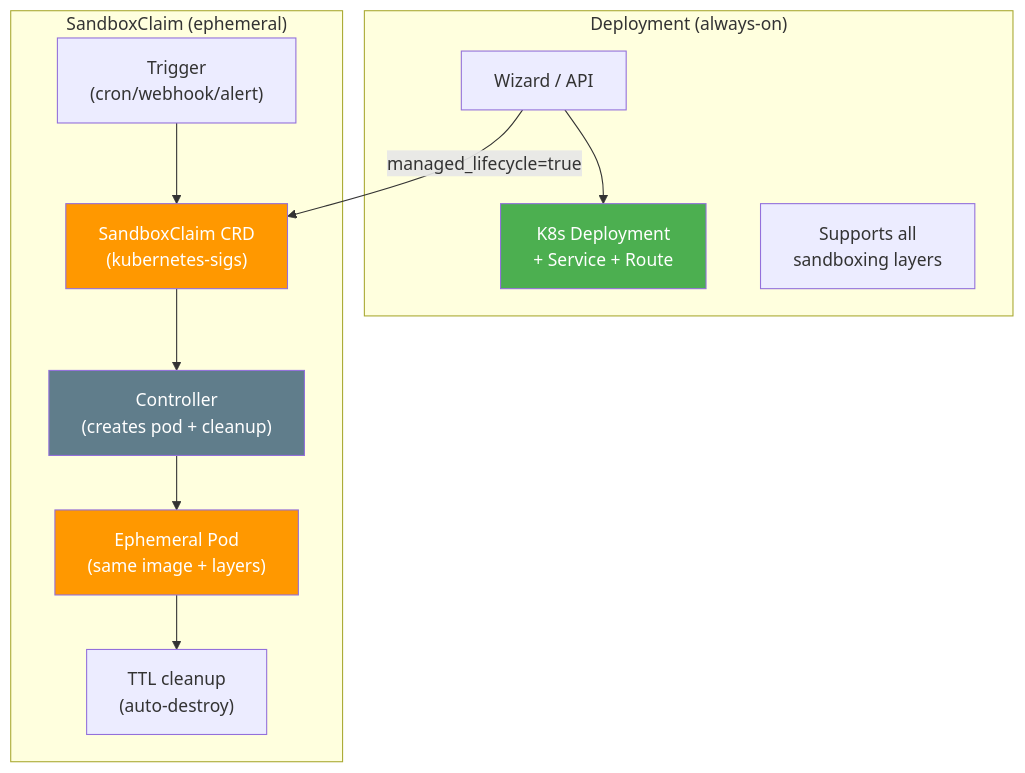
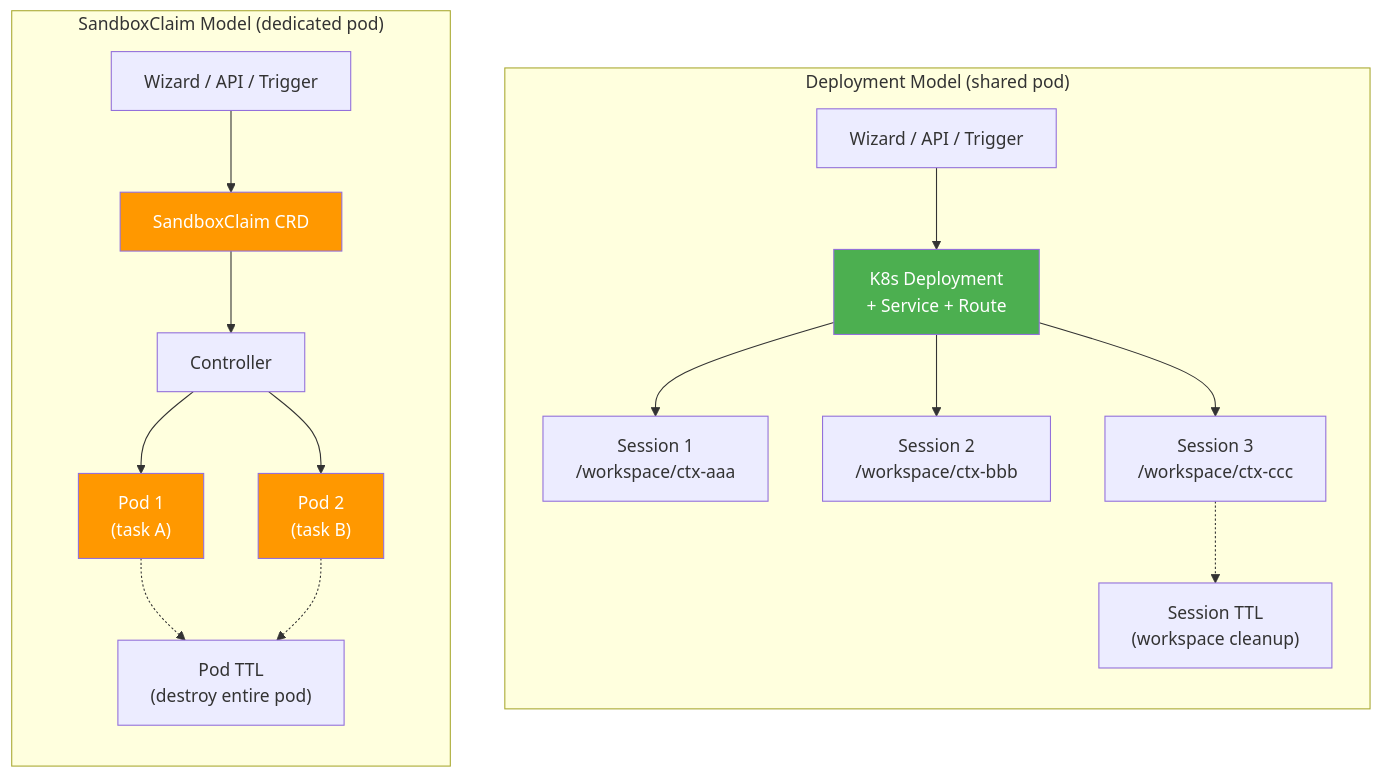
One commit to kagenti/kagenti changed the eighth of 12 diagrams in docs/plans/2026-03-04-platform-agent-runtime-design.md. Above: the diagram before and after it, drawn with Mermaid. The commit also changed other lines of this file, not shown here.

First line of the commit message:
docs: deep dive on Deployment vs SandboxClaim — resource/isolation tradeoffs (Session G)

````diff
--- a/docs/plans/2026-03-04-platform-agent-runtime-design.md
+++ b/docs/plans/2026-03-04-platform-agent-runtime-design.md
@@ -407,28 +404,40 @@
 ```mermaid
 graph TB
-    subgraph "Deployment (always-on)"
-        WIZ["Wizard / API"]
-        DEP["K8s Deployment<br/>+ Service + Route"]
-        DEP2["Supports all<br/>sandboxing layers"]
+    subgraph "Deployment Model (shared pod)"
+        direction TB
+        D_WIZ["Wizard / API / Trigger"]
+        D_DEP["K8s Deployment<br/>+ Service + Route"]
+        D_SESS["Session 1<br/>/workspace/ctx-aaa"]
+        D_SESS2["Session 2<br/>/workspace/ctx-bbb"]
+        D_SESS3["Session 3<br/>/workspace/ctx-ccc"]
+        D_TTL["Session TTL<br/>(workspace cleanup)"]
     end
 
-    subgraph "SandboxClaim (ephemeral)"
-        TRIG2["Trigger<br/>(cron/webhook/alert)"]
-        SC2["SandboxClaim CRD<br/>(kubernetes-sigs)"]
-        CTRL["Controller<br/>(creates pod + cleanup)"]
-        POD["Ephemeral Pod<br/>(same image + layers)"]
-        TTL2["TTL cleanup<br/>(auto-destroy)"]
+    subgraph "SandboxClaim Model (dedicated pod)"
+        direction TB
+        SC_WIZ["Wizard / API / Trigger"]
+        SC_CRD["SandboxClaim CRD"]
+        SC_CTRL["Controller"]
+        SC_POD1["Pod 1<br/>(task A)"]
+        SC_POD2["Pod 2<br/>(task B)"]
+        SC_TTL["Pod TTL<br/>(destroy entire pod)"]
     end
 
-    WIZ --> DEP
-    WIZ -->|"managed_lifecycle=true"| SC2
-    TRIG2 --> SC2
-    SC2 --> CTRL
-    CTRL --> POD
-    POD --> TTL2
+    D_WIZ --> D_DEP
+    D_DEP --> D_SESS
+    D_DEP --> D_SESS2
+    D_DEP --> D_SESS3
+    D_SESS3 -.-> D_TTL
 
-    style DEP fill:#4CAF50,color:white
-    style SC2 fill:#FF9800,color:white
-    style CTRL fill:#607D8B,color:white
-    style POD fill:#FF9800,color:white
+    SC_WIZ --> SC_CRD
+    SC_CRD --> SC_CTRL
+    SC_CTRL --> SC_POD1
+    SC_CTRL --> SC_POD2
+    SC_POD1 -.-> SC_TTL
+    SC_POD2 -.-> SC_TTL
+
+    style D_DEP fill:#4CAF50,color:white
+    style SC_CRD fill:#FF9800,color:white
+    style SC_POD1 fill:#FF9800,color:white
+    style SC_POD2 fill:#FF9800,color:white
 ```
````
